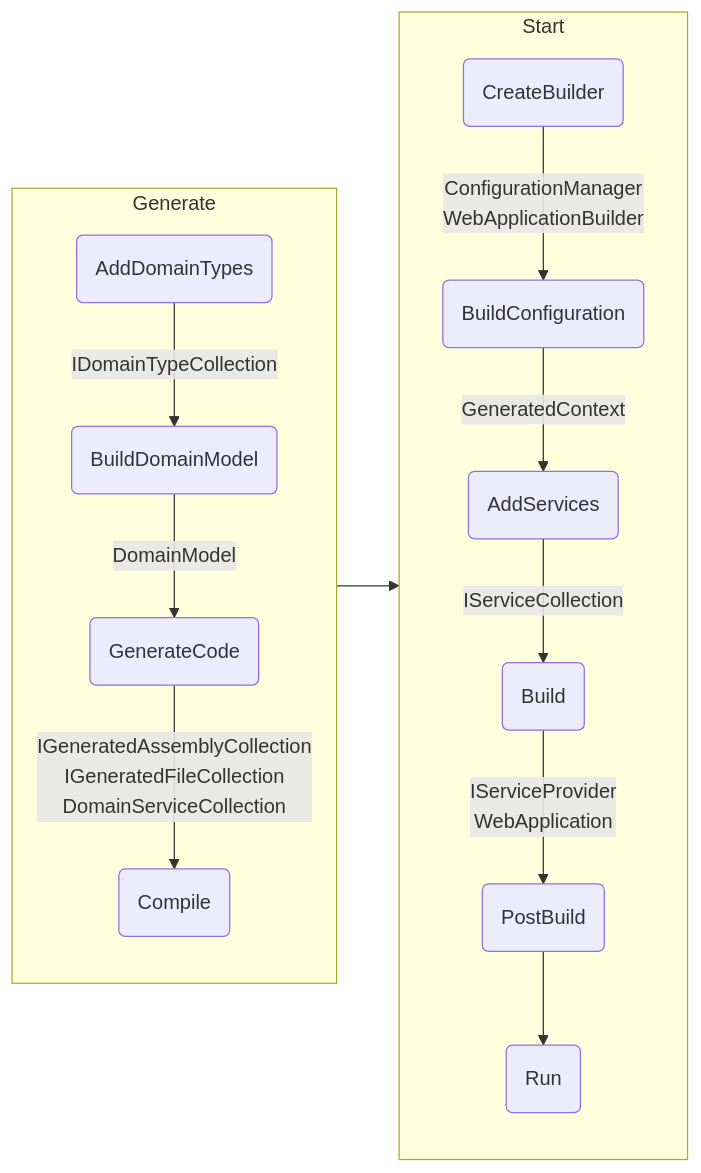
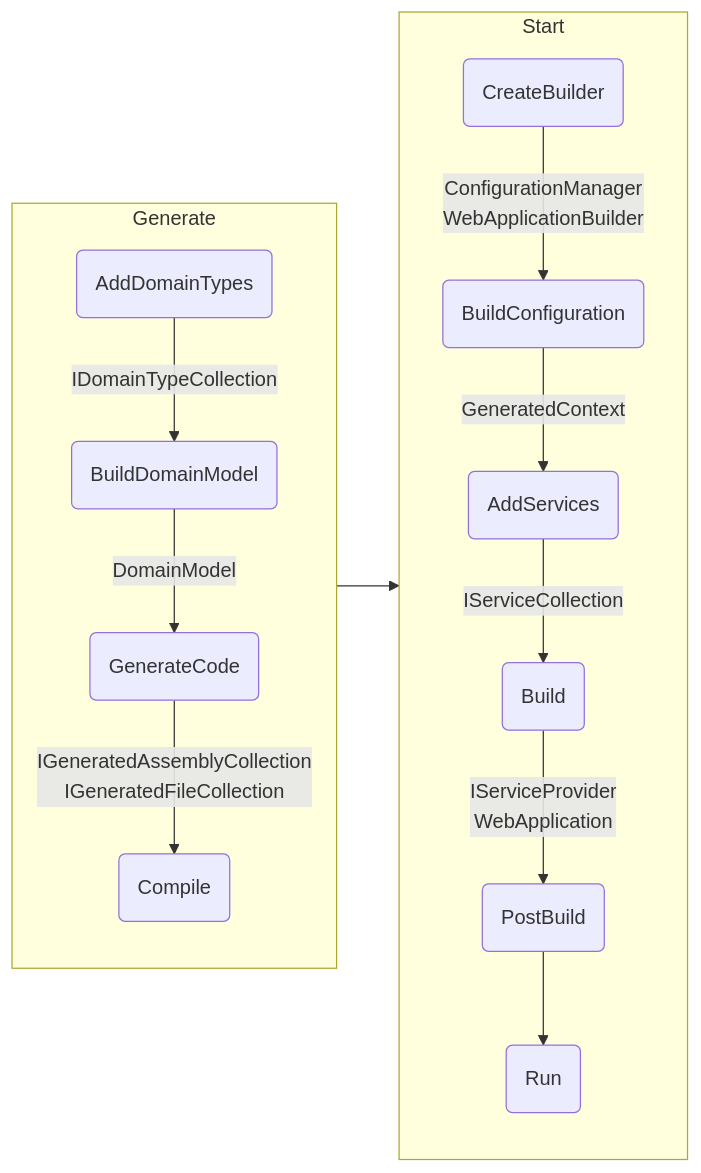
The diagram in docs/recipes/data-source.md (mouseless/baked), drawn with Mermaid before and after one commit. The commit also changed 7 other files, not shown here.

````diff
--- a/docs/recipes/data-source.md
+++ b/docs/recipes/data-source.md
@@ -66,31 +66,31 @@
 ```mermaid
 flowchart LR;
-    
+
     subgraph Generate
       AD(AddDomainTypes)
       BD(BuildDomainModel)
       GC(GenerateCode)
       C(Compile)
 
       AD -->|IDomainTypeCollection| BD
       BD -->|DomainModel| GC
-      GC -->|IGeneratedAssemblyCollection<br/>IGeneratedFileCollection<br/>DomainServiceCollection| C
+      GC -->|IGeneratedAssemblyCollection<br/>IGeneratedFileCollection| C
     end
 
     subgraph Start
       CB(CreateBuilder)
       BC(BuildConfiguration)
       AS(AddServices)
       B(Build)
       PB(PostBuild)
       R(Run)
 
       CB -->|ConfigurationManager<br/>WebApplicationBuilder| BC
       BC -->|GeneratedContext| AS
       AS -->|IServiceCollection| B
       B -->|IServiceProvider<br/>WebApplication|PB
       PB --> R
     end
 
     Generate --> Start
 ```
````
